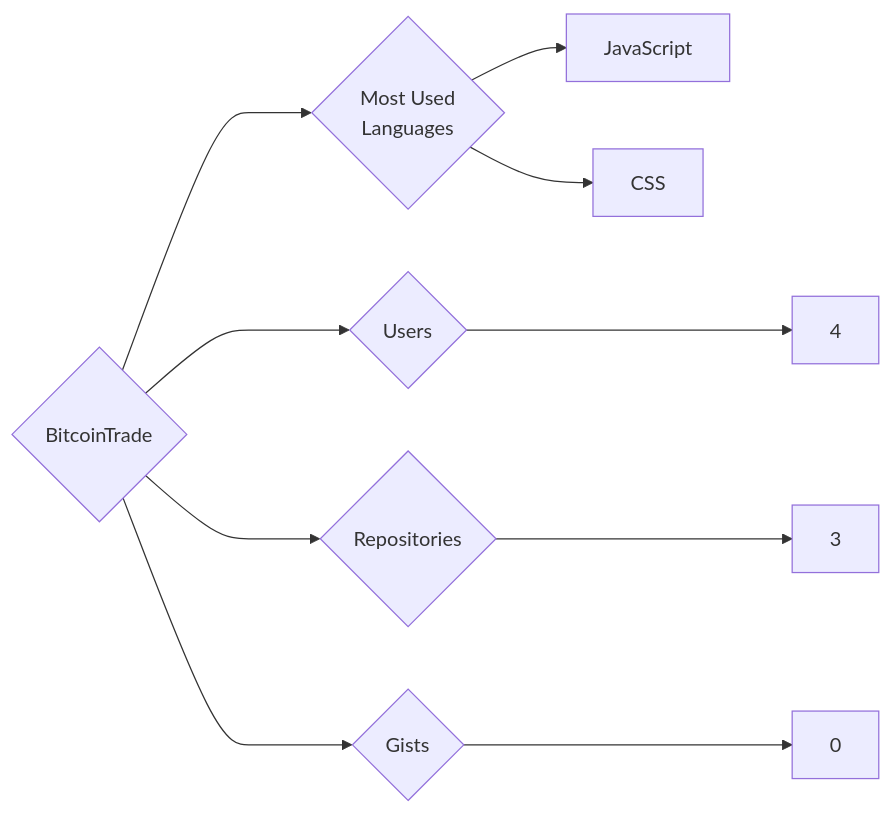
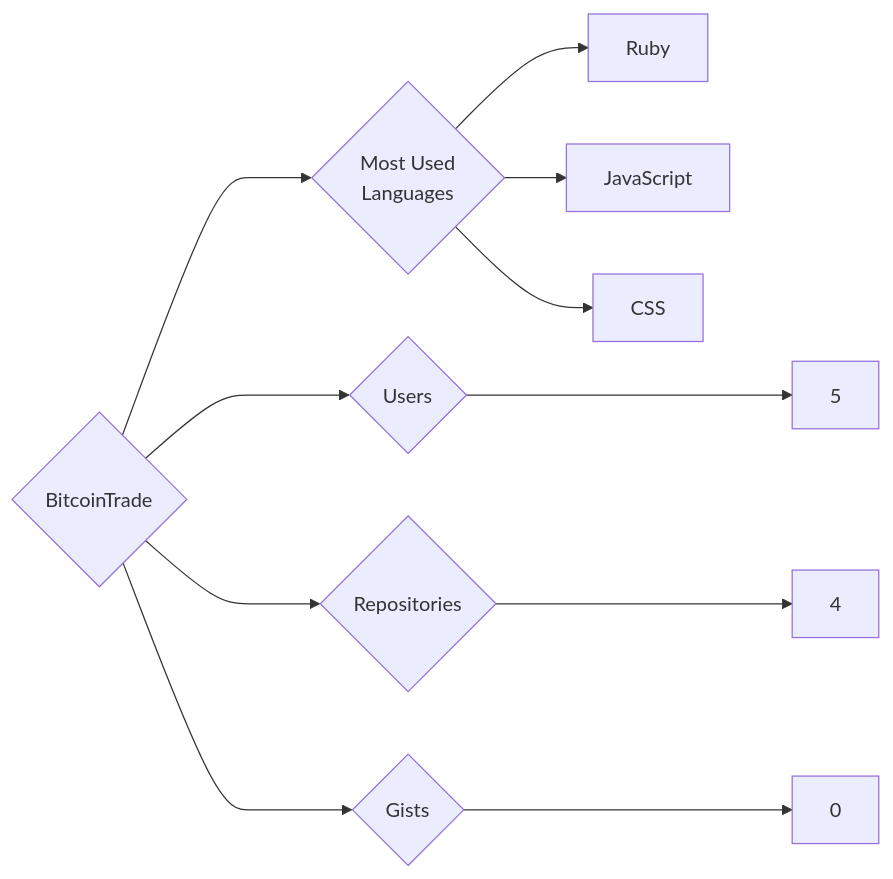
Before and after one commit to trickest/insiders: the diagram in targets/BitcoinTrade/README.md, drawn with Mermaid. The commit also changed 939 other files, not shown here.

````diff
--- a/targets/BitcoinTrade/README.md
+++ b/targets/BitcoinTrade/README.md
@@ -3,10 +3,11 @@
 ```mermaid
 graph LR
 COMPANY_NAME{BitcoinTrade}
-COMPANY_NAME ---> U{Users} ---> UN[4]
-COMPANY_NAME ---> R{Repositories} ---> RN[3]
+COMPANY_NAME ---> U{Users} ---> UN[5]
+COMPANY_NAME ---> R{Repositories} ---> RN[4]
 COMPANY_NAME ---> G{Gists} ---> GN[0]
 COMPANY_NAME ---> ML{Most Used<br>Languages}
+ML --> Ruby[Ruby]
 ML --> JavaScript[JavaScript]
 ML --> CSS[CSS]
 ```
````
